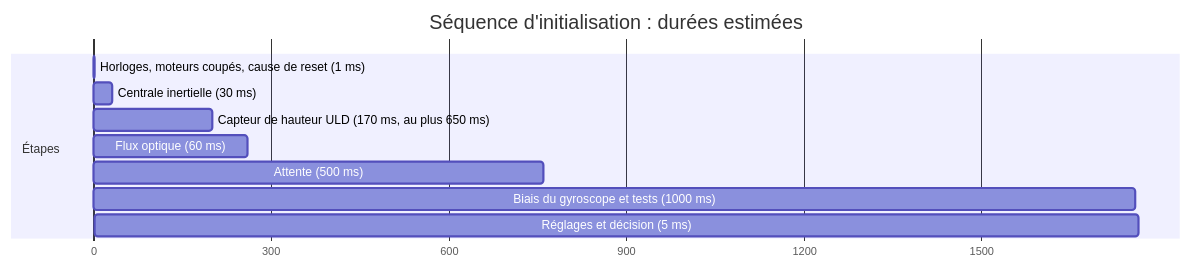
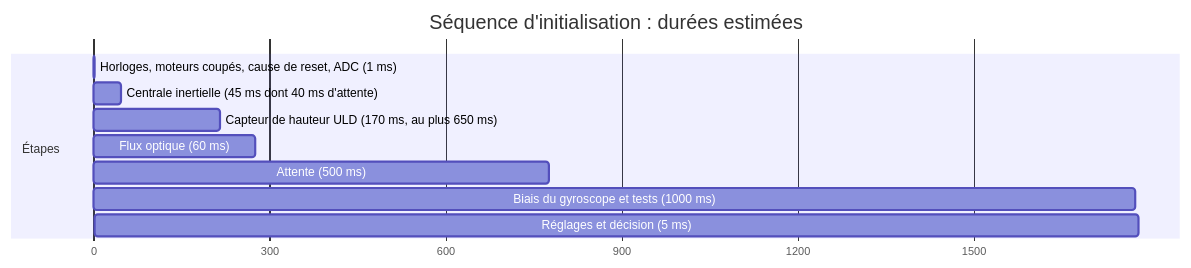
One commit to thourymatthieu-png/coworker_archi_system changed the sixth of 6 diagrams in projets/boomrone/04-conception-detaillee.md. Above: the diagram before and after it, drawn with Mermaid. The commit also changed other lines of this file and 16 other files, not shown here.

````diff
--- a/projets/boomrone/04-conception-detaillee.md
+++ b/projets/boomrone/04-conception-detaillee.md
@@ -510,16 +513,16 @@
 ```mermaid
 ---
 title: "Séquence d'initialisation : durées estimées"
 ---
 gantt
     dateFormat  X
     axisFormat %s
     section Étapes
-    Horloges, moteurs coupés, cause de reset (1 ms)      :a, 0, 1
-    Centrale inertielle (30 ms)                          :b, 1, 31
-    Capteur de hauteur ULD (170 ms, au plus 650 ms)      :c, 31, 201
-    Flux optique (60 ms)                                 :d, 201, 261
-    Attente (500 ms)                                     :e, 261, 761
-    Biais du gyroscope et tests (1000 ms)                :f, 761, 1761
-    Réglages et décision (5 ms)                          :g, 1761, 1766
+    Horloges, moteurs coupés, cause de reset, ADC (1 ms) :a, 0, 1
+    Centrale inertielle (45 ms dont 40 ms d'attente)     :b, 1, 46
+    Capteur de hauteur ULD (170 ms, au plus 650 ms)      :c, 46, 216
+    Flux optique (60 ms)                                 :d, 216, 276
+    Attente (500 ms)                                     :e, 276, 776
+    Biais du gyroscope et tests (1000 ms)                :f, 776, 1776
+    Réglages et décision (5 ms)                          :g, 1776, 1781
 ```
````
